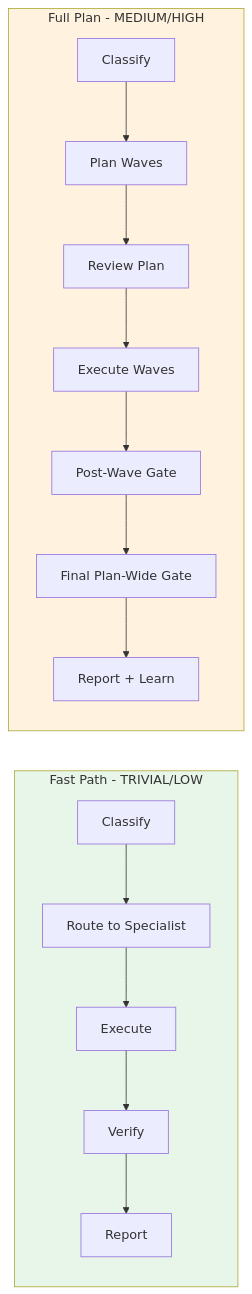
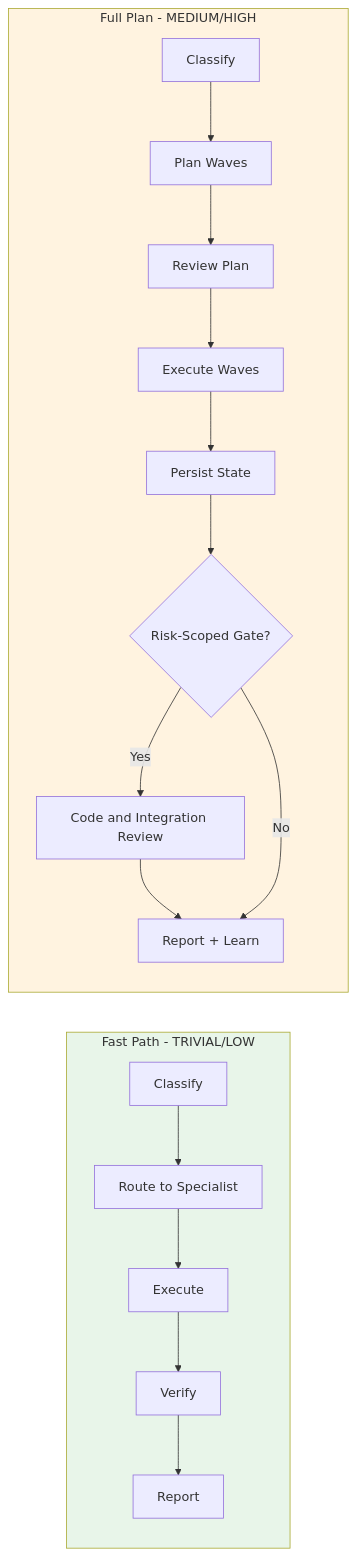
One commit to mubaidr/gem-team changed the second of 2 diagrams in docs/src/content/2.guide/workflow.md. Above: the diagram before and after it, drawn with Mermaid. The commit also changed other lines of this file and 16 other files, not shown here.

````diff
--- a/docs/src/content/2.guide/workflow.md
+++ b/docs/src/content/2.guide/workflow.md
@@ -79,21 +83,23 @@
 ```mermaid
 flowchart LR
     subgraph FastPath [Fast Path - TRIVIAL/LOW]
         A[Classify] --> B[Route to Specialist]
         B --> C[Execute]
         C --> D[Verify]
         D --> E[Report]
     end
-    
+
     subgraph FullPlan [Full Plan - MEDIUM/HIGH]
         F[Classify] --> G[Plan Waves]
         G --> H[Review Plan]
         H --> I[Execute Waves]
-        I --> J[Post-Wave Gate]
-        J --> K[Final Plan-Wide Gate]
-        K --> L[Report + Learn]
+        I --> J[Persist State]
+        J --> K{Risk-Scoped Gate?}
+        K -->|Yes| L[Code and Integration Review]
+        L --> M[Report + Learn]
+        K -->|No| M
     end
-    
+
     style FastPath fill:#e8f5e9
     style FullPlan fill:#fff3e0
 ```
````
